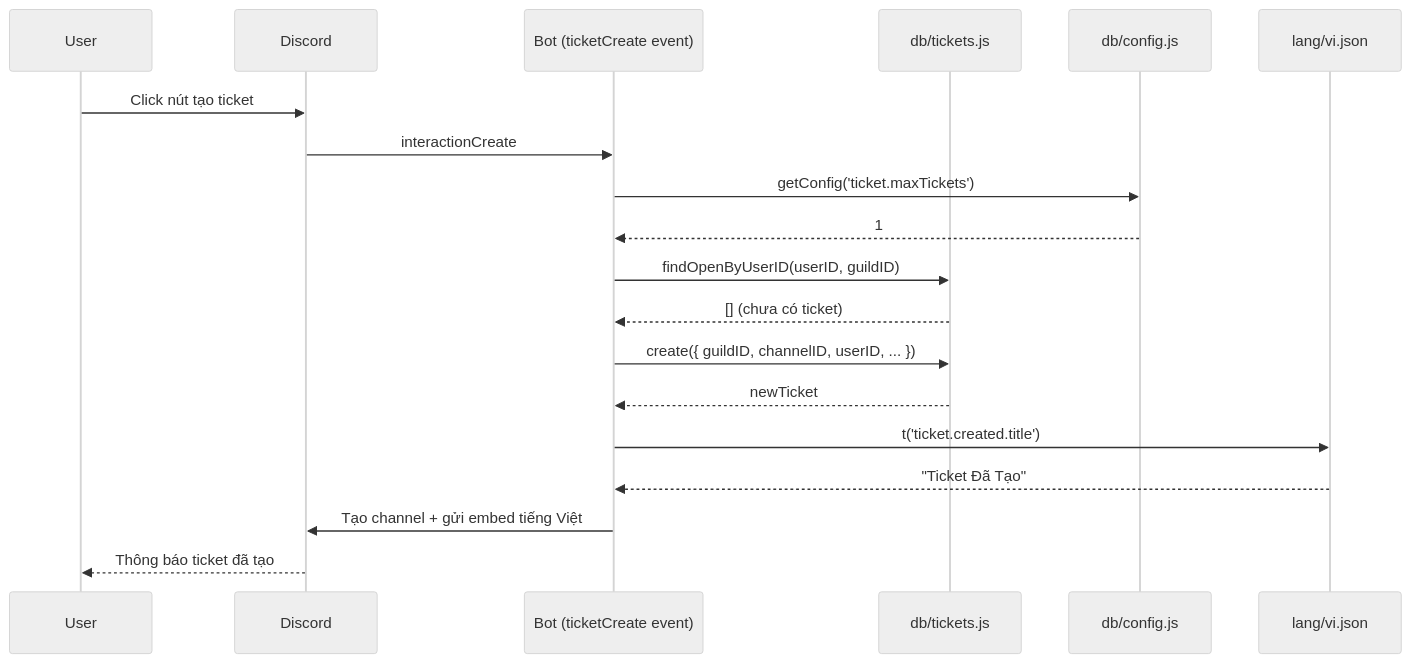
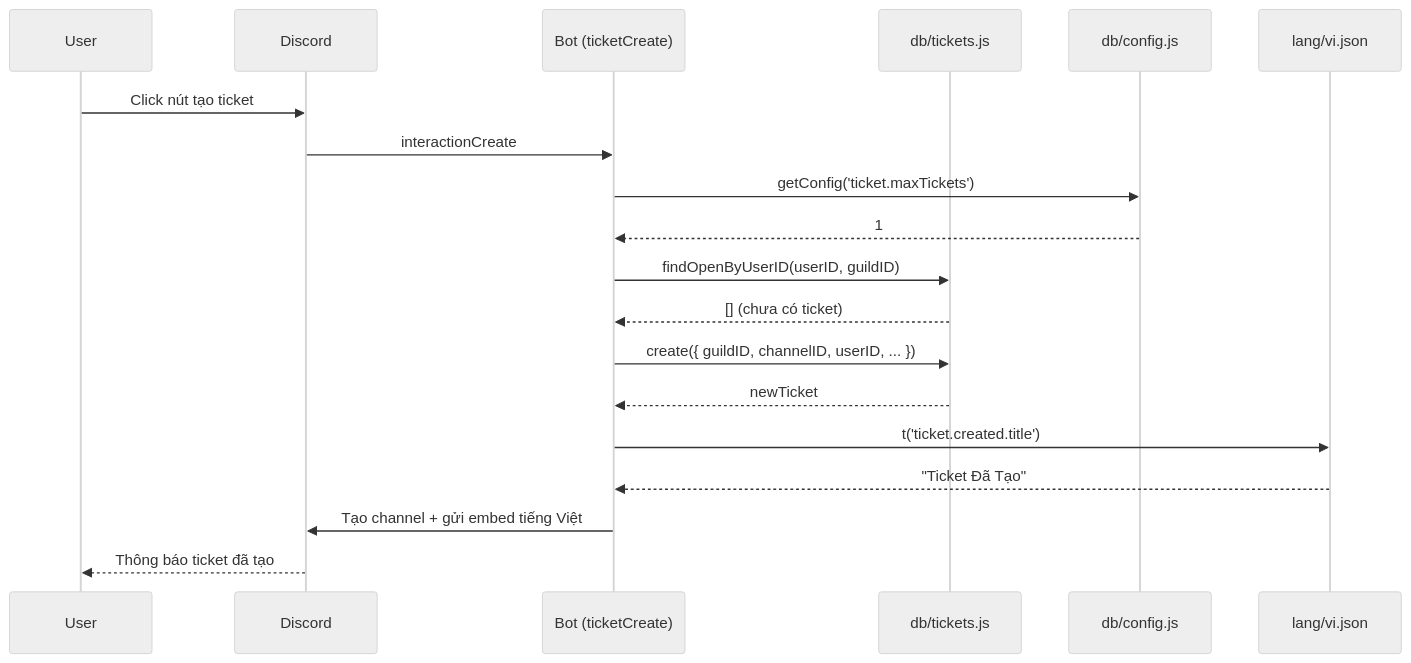
One commit to nekoo-moe/NekoTech-Ticket-Bot-1 changed the second of 2 diagrams in .kiro/specs/viet-hoa-va-tai-cau-truc/design.md. Above: the diagram before and after it, drawn with Mermaid (neutral theme). The commit also changed other lines of this file and 35 other files, not shown here.

````diff
--- a/.kiro/specs/viet-hoa-va-tai-cau-truc/design.md
+++ b/.kiro/specs/viet-hoa-va-tai-cau-truc/design.md
@@ -897,22 +31,22 @@
 ```mermaid
 sequenceDiagram
     participant U as User
     participant D as Discord
-    participant B as Bot (ticketCreate event)
+    participant B as Bot (ticketCreate)
     participant DB as db/tickets.js
     participant CFG as db/config.js
     participant LANG as lang/vi.json
 
     U->>D: Click nút tạo ticket
     D->>B: interactionCreate
     B->>CFG: getConfig('ticket.maxTickets')
     CFG-->>B: 1
     B->>DB: findOpenByUserID(userID, guildID)
     DB-->>B: [] (chưa có ticket)
     B->>DB: create({ guildID, channelID, userID, ... })
     DB-->>B: newTicket
     B->>LANG: t('ticket.created.title')
     LANG-->>B: "Ticket Đã Tạo"
     B->>D: Tạo channel + gửi embed tiếng Việt
     D-->>U: Thông báo ticket đã tạo
 ```
````
